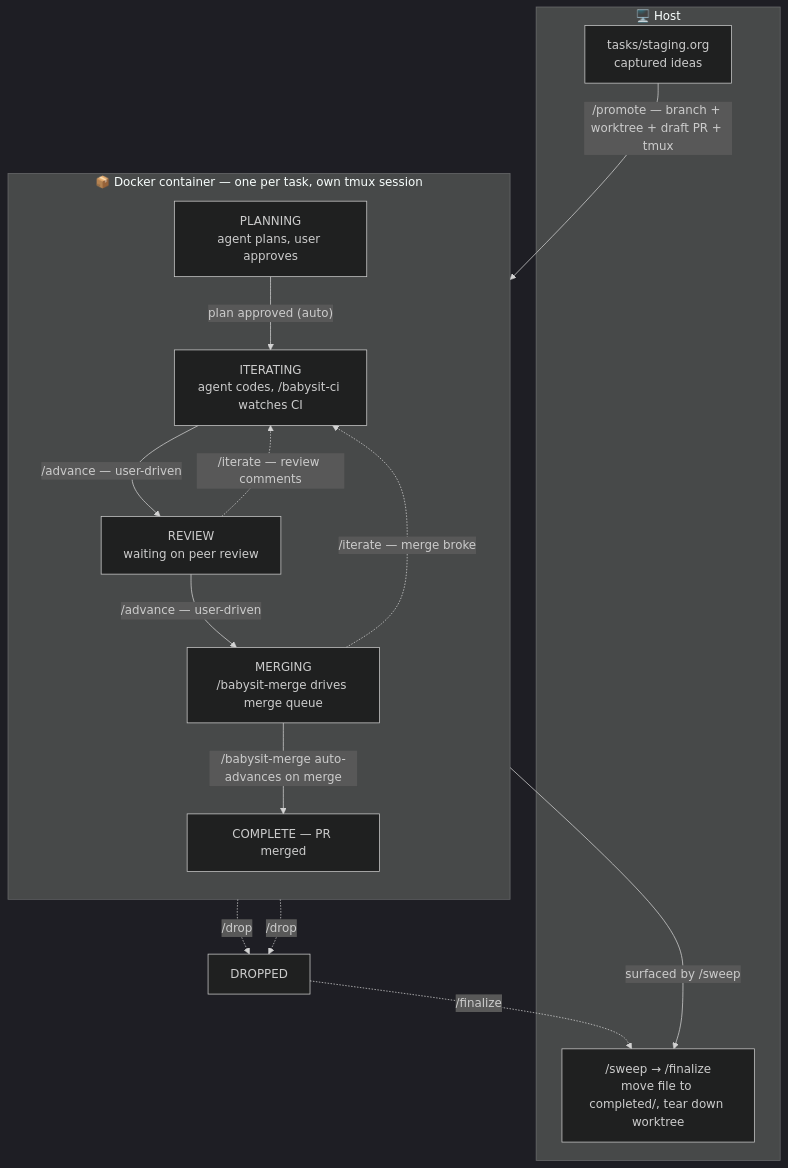
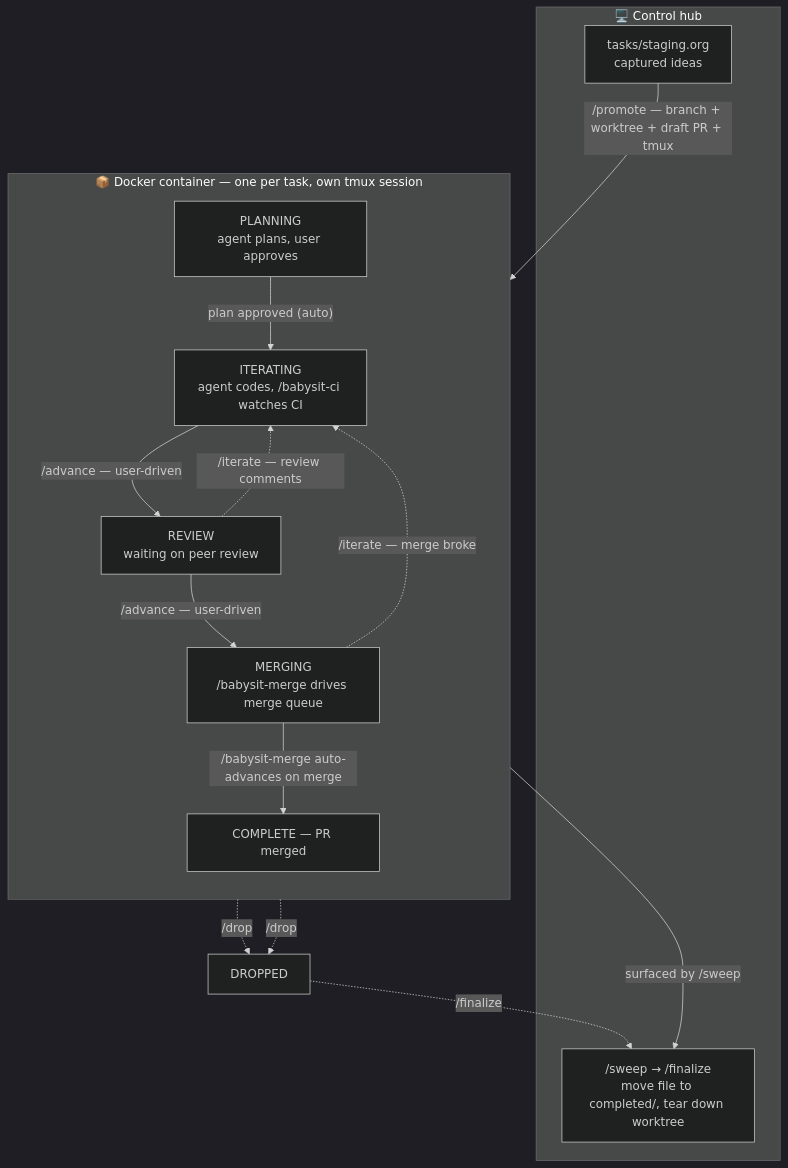
Before and after one commit to tildesrc/cloude-cade: the diagram in README.md, drawn with Mermaid (dark theme). The commit also changed other lines of this file, not shown here.

First line of the commit message:
Frame the host session + dashboard as a single control hub

````diff
--- a/README.md
+++ b/README.md
@@ -57,29 +57,29 @@
 ```mermaid
 flowchart TD
-    subgraph host["🖥️  Host"]
+    subgraph host["🖥️  Control hub"]
         STAGING["tasks/staging.org<br/>captured ideas"]
         CLEANUP["/sweep → /finalize<br/>move file to completed/, tear down worktree"]
     end
 
     subgraph container["📦  Docker container — one per task, own tmux session"]
         direction TB
         PLANNING["PLANNING<br/>agent plans, user approves"]
         ITERATING["ITERATING<br/>agent codes, /babysit-ci watches CI"]
         REVIEW["REVIEW<br/>waiting on peer review"]
         MERGING["MERGING<br/>/babysit-merge drives merge queue"]
         COMPLETE["COMPLETE — PR merged"]
     end
 
     STAGING -->|"/promote — branch + worktree + draft PR + tmux"| PLANNING
     PLANNING -->|"plan approved (auto)"| ITERATING
     ITERATING -->|"/advance — user-driven"| REVIEW
     REVIEW -->|"/advance — user-driven"| MERGING
     MERGING -->|"/babysit-merge auto-advances on merge"| COMPLETE
     COMPLETE -->|"surfaced by /sweep"| CLEANUP
 
     REVIEW -.->|"/iterate — review comments"| ITERATING
     MERGING -.->|"/iterate — merge broke"| ITERATING
     PLANNING -.->|"/drop"| DROPPED["DROPPED"]
     ITERATING -.->|"/drop"| DROPPED
     DROPPED -.->|"/finalize"| CLEANUP
 ```
````
